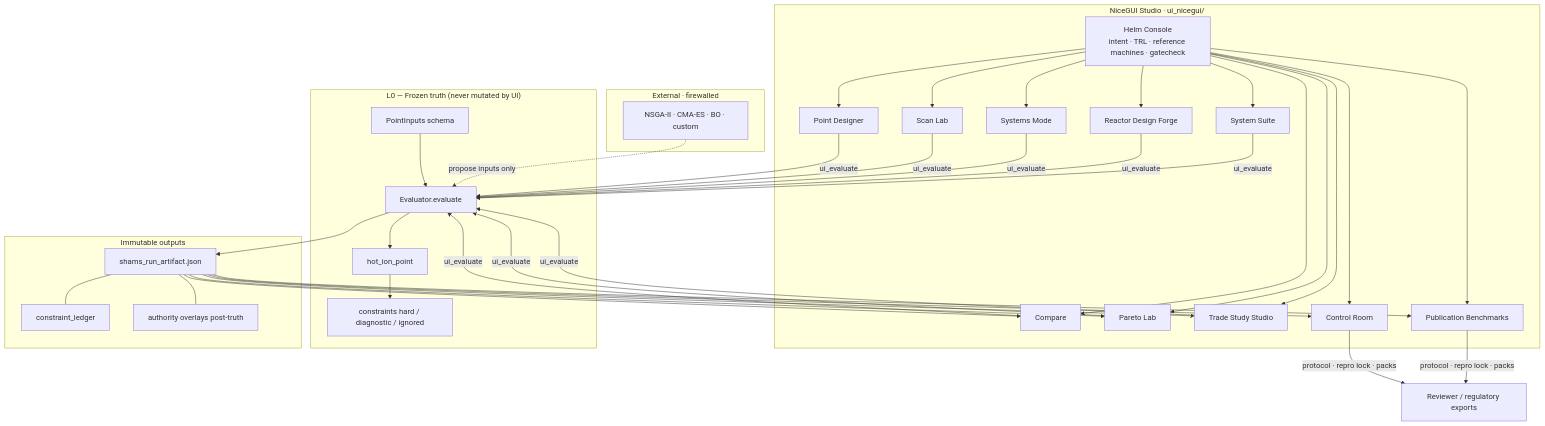
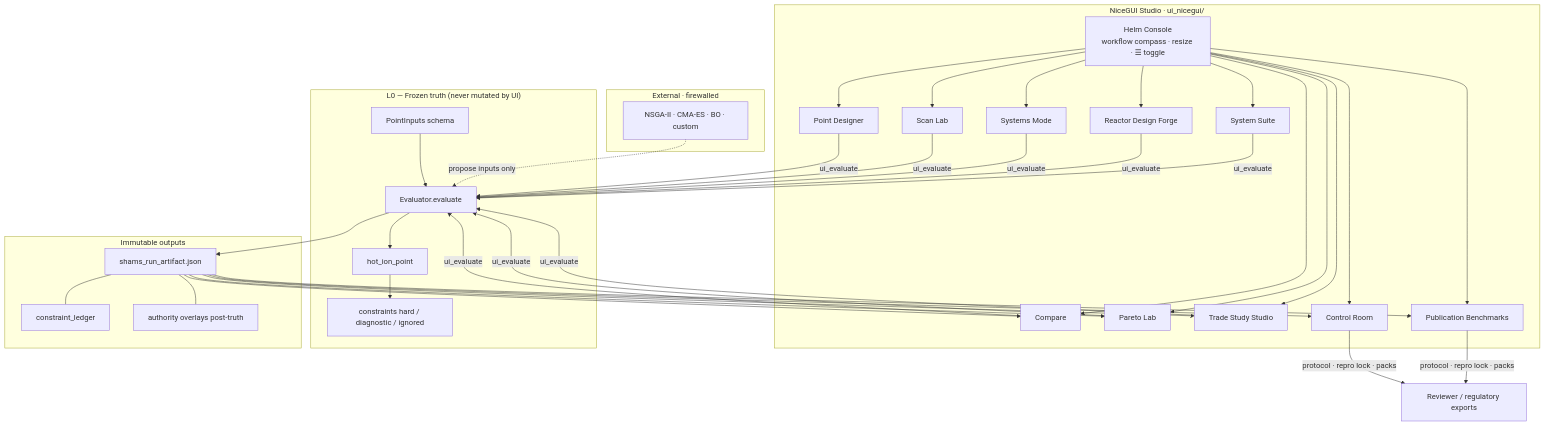
The first of 5 diagrams in README.md (afshin-arj/SHAMS-0D-Tokamak-Design-Studio), drawn with Mermaid before and after one commit.

Commit message:
docs(readme): note Helm Console compass in architecture diagram.

````diff
--- a/README.md
+++ b/README.md
@@ -115,42 +115,42 @@
 ```mermaid
 flowchart TB
   subgraph UI["NiceGUI Studio · ui_nicegui/"]
-    HC[Helm Console<br/>intent · TRL · reference machines · gatecheck]
+    HC[Helm Console<br/>workflow compass · resize · ☰ toggle]
     PD[Point Designer]
     SL[Scan Lab]
     SM[Systems Mode]
     CP[Compare]
     PL[Pareto Lab]
     TS[Trade Study Studio]
     RF[Reactor Design Forge]
     PB[Publication Benchmarks]
     SS[System Suite]
     CR[Control Room]
     HC --> PD & SL & SM & CP & PL & TS & RF & PB & SS & CR
   end
 
   subgraph L0["L0 — Frozen truth (never mutated by UI)"]
     SCH[PointInputs schema]
     EV[Evaluator.evaluate]
     HI[hot_ion_point]
     CON[constraints hard / diagnostic / ignored]
     SCH --> EV --> HI --> CON
   end
 
   subgraph OUT["Immutable outputs"]
     ART[shams_run_artifact.json]
     LED[constraint_ledger]
     OVL[authority overlays post-truth]
     ART --- LED & OVL
   end
 
   subgraph EXT["External · firewalled"]
     OPT[NSGA-II · CMA-ES · BO · custom]
     OPT -. propose inputs only .-> EV
   end
 
   PD & SL & SM & CP & PL & TS & RF & SS -->|ui_evaluate| EV
   EV --> ART
   ART --> CP & PL & TS & CR & PB
   CR & PB -->|protocol · repro lock · packs| EXP[Reviewer / regulatory exports]
 ```
````
